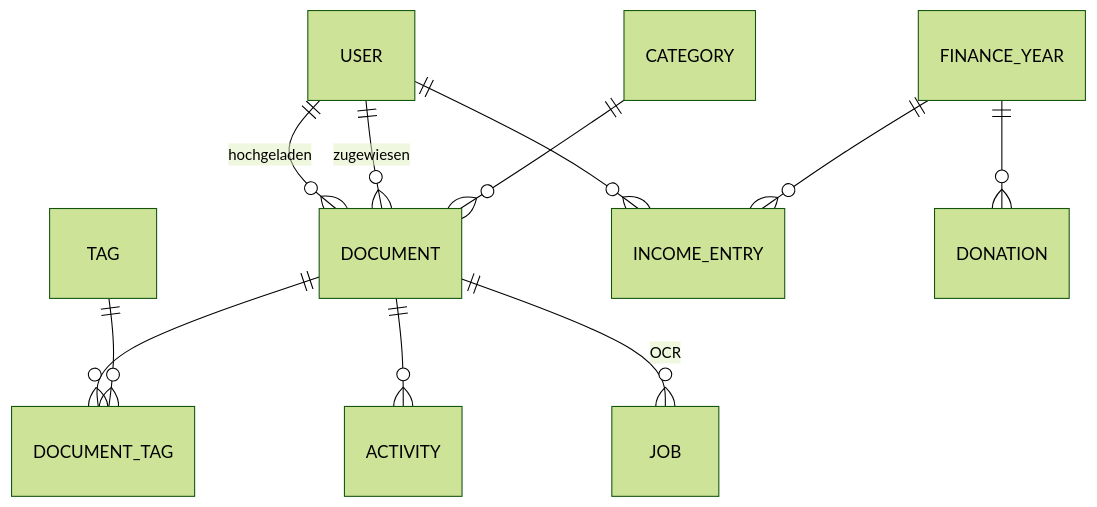
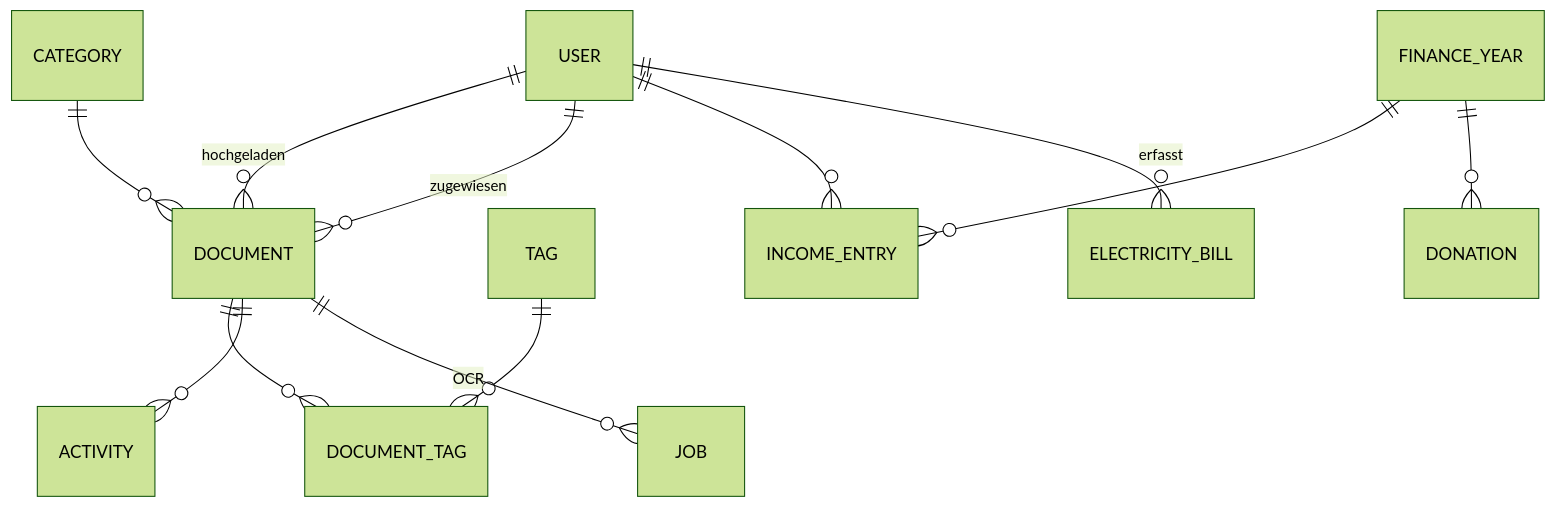
Before and after one commit to vonallmenalain/manager: the second of 4 diagrams in docs/KONZEPT.md, drawn with Mermaid (forest theme). The commit also changed other lines of this file and 23 other files, not shown here.

````diff
--- a/docs/KONZEPT.md
+++ b/docs/KONZEPT.md
@@ -162,13 +162,14 @@
 ```mermaid
 erDiagram
     USER ||--o{ DOCUMENT : "hochgeladen"
     USER ||--o{ DOCUMENT : "zugewiesen"
     CATEGORY ||--o{ DOCUMENT : ""
     DOCUMENT ||--o{ DOCUMENT_TAG : ""
     TAG ||--o{ DOCUMENT_TAG : ""
     DOCUMENT ||--o{ ACTIVITY : ""
     DOCUMENT ||--o{ JOB : "OCR"
     USER ||--o{ INCOME_ENTRY : ""
     FINANCE_YEAR ||--o{ INCOME_ENTRY : ""
     FINANCE_YEAR ||--o{ DONATION : ""
+    USER ||--o{ ELECTRICITY_BILL : "erfasst"
 ```
````
